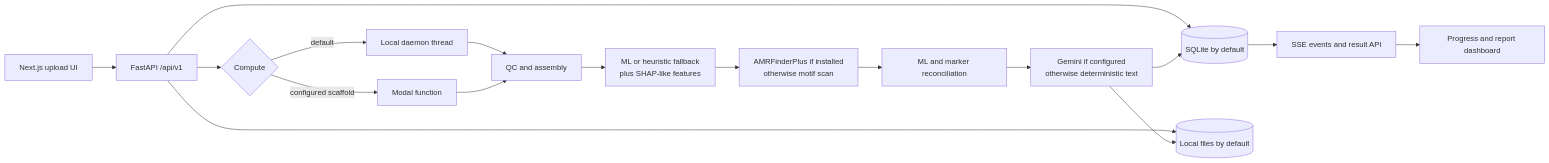
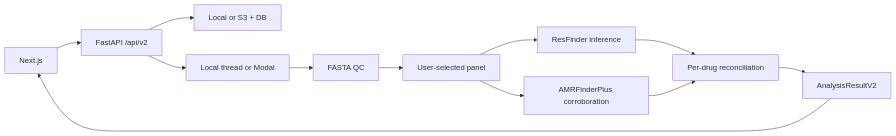
One commit to Asadyousaf03/backend-fastapi changed the diagram in PROJECT_HANDOFF.md. Above: the diagram before and after it, drawn with Mermaid. The commit also changed other lines of this file and 65 other files, not shown here.

````diff
--- a/PROJECT_HANDOFF.md
+++ b/PROJECT_HANDOFF.md
@@ -16,19 +16,14 @@
 ```mermaid
 flowchart LR
-    UI[Next.js upload UI] --> API[FastAPI /api/v1]
-    API --> DB[(SQLite by default)]
-    API --> STORE[(Local files by default)]
-    API --> COMPUTE{Compute}
-    COMPUTE -->|default| LOCAL[Local daemon thread]
-    COMPUTE -->|configured scaffold| MODAL[Modal function]
-    LOCAL --> PIPE[QC and assembly]
-    MODAL --> PIPE
-    PIPE --> ML[ML or heuristic fallback<br/>plus SHAP-like features]
-    ML --> AMR[AMRFinderPlus if installed<br/>otherwise motif scan]
-    AMR --> RULES[ML and marker reconciliation]
-    RULES --> TEXT[Gemini if configured<br/>otherwise deterministic text]
-    TEXT --> DB
-    TEXT --> STORE
-    DB --> SSE[SSE events and result API]
-    SSE --> DASH[Progress and report dashboard]
+  UI[Next.js] --> API[FastAPI /api/v2]
+  API --> Store[Local or S3 + DB]
+  API --> Compute[Local thread or Modal]
+  Compute --> QC[FASTA QC]
+  QC --> Species[User-selected panel]
+  Species --> RF[ResFinder inference]
+  Species --> AF[AMRFinderPlus corroboration]
+  RF --> Rec[Per-drug reconciliation]
+  AF --> Rec
+  Rec --> Result[AnalysisResultV2]
+  Result --> UI
 ```
````
